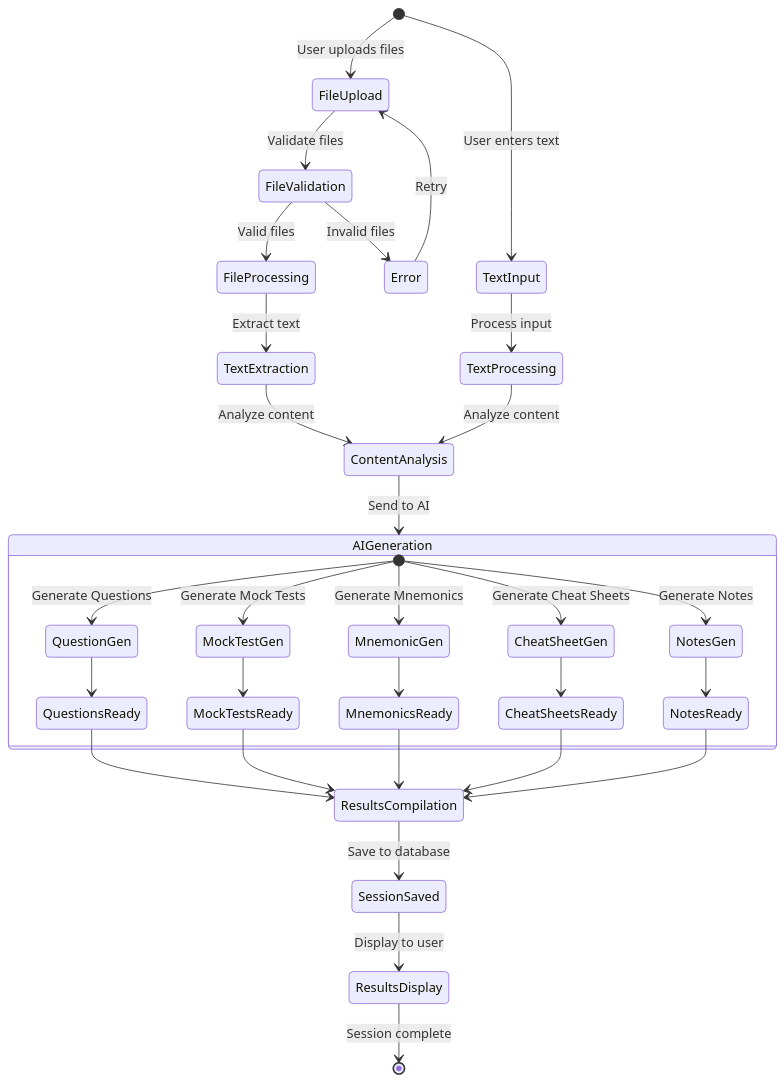
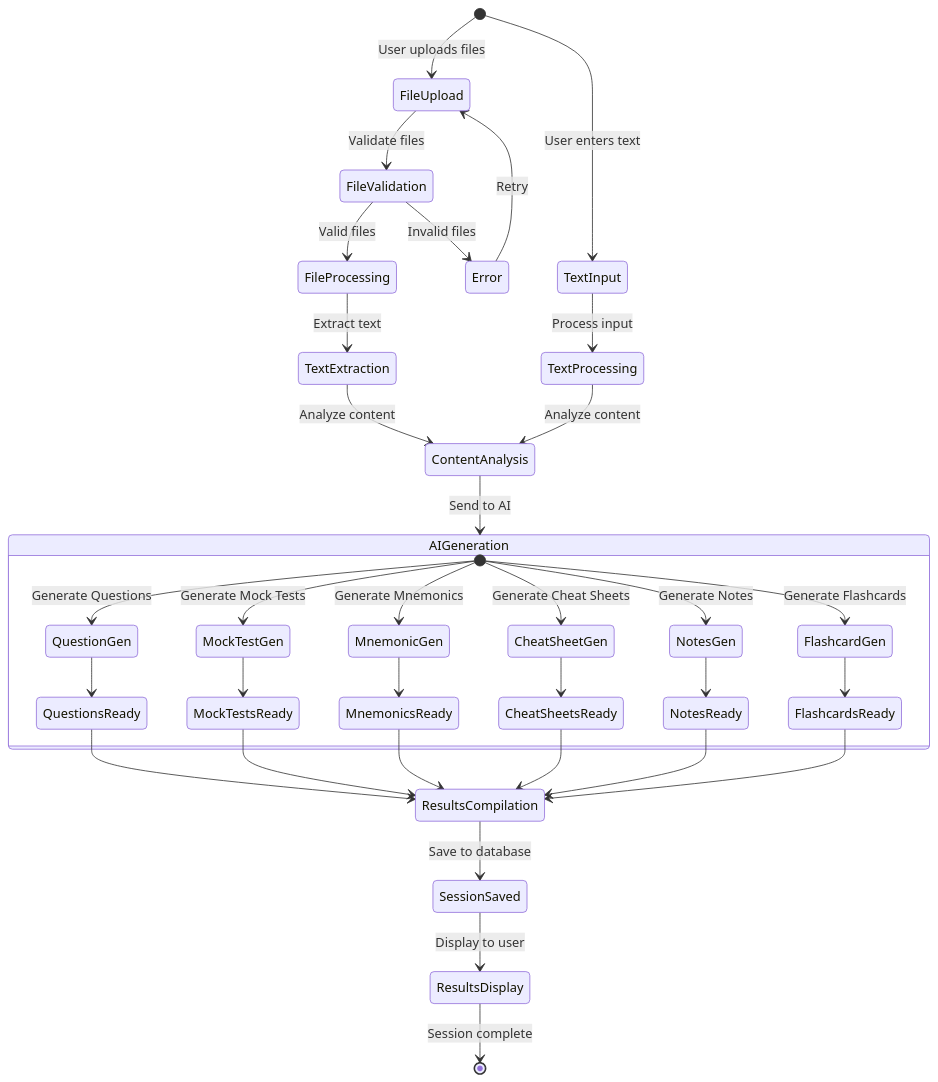
Before and after one commit to deepak2837/dynamous-kiro-hackathon: the ninth of 14 diagrams in README.md, drawn with Mermaid. The commit also changed other lines of this file and 46 other files, not shown here.

````diff
--- a/README.md
+++ b/README.md
@@ -418,42 +473,45 @@
 ```mermaid
 stateDiagram-v2
     [*] --> FileUpload: User uploads files
     [*] --> TextInput: User enters text
     
     FileUpload --> FileValidation: Validate files
     FileValidation --> FileProcessing: Valid files
     FileValidation --> Error: Invalid files
     Error --> FileUpload: Retry
     
     FileProcessing --> TextExtraction: Extract text
     TextInput --> TextProcessing: Process input
     
     TextExtraction --> ContentAnalysis: Analyze content
     TextProcessing --> ContentAnalysis: Analyze content
     
     ContentAnalysis --> AIGeneration: Send to AI
     
     state AIGeneration {
         [*] --> QuestionGen: Generate Questions
         [*] --> MockTestGen: Generate Mock Tests
         [*] --> MnemonicGen: Generate Mnemonics
         [*] --> CheatSheetGen: Generate Cheat Sheets
         [*] --> NotesGen: Generate Notes
+        [*] --> FlashcardGen: Generate Flashcards
         
         QuestionGen --> QuestionsReady
         MockTestGen --> MockTestsReady
         MnemonicGen --> MnemonicsReady
         CheatSheetGen --> CheatSheetsReady
         NotesGen --> NotesReady
+        FlashcardGen --> FlashcardsReady
     }
     
     QuestionsReady --> ResultsCompilation
     MockTestsReady --> ResultsCompilation
     MnemonicsReady --> ResultsCompilation
     CheatSheetsReady --> ResultsCompilation
     NotesReady --> ResultsCompilation
+    FlashcardsReady --> ResultsCompilation
     
     ResultsCompilation --> SessionSaved: Save to database
     SessionSaved --> ResultsDisplay: Display to user
     ResultsDisplay --> [*]: Session complete
 ```
````
